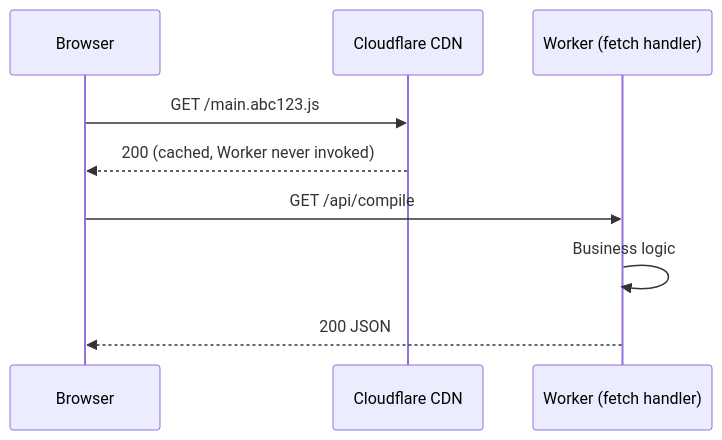
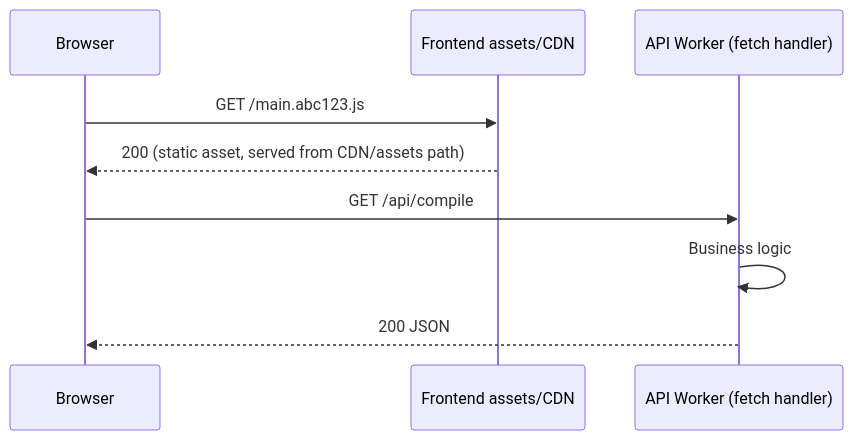
One commit to jaypatrick/adblock-compiler changed the diagram in docs/cloudflare/CLOUDFLARE_SERVICES.md. Above: the diagram before and after it, drawn with Mermaid. The commit also changed other lines of this file and 1 other file, not shown here.

First line of the commit message:
fix: correct log retention (24h not 30d), ASSETS binding (frontend-only), health-check URL (custom domain), and percentage description

````diff
--- a/docs/cloudflare/CLOUDFLARE_SERVICES.md
+++ b/docs/cloudflare/CLOUDFLARE_SERVICES.md
@@ -299,13 +305,13 @@
 ```mermaid
 sequenceDiagram
     participant Browser
-    participant CF_CDN as Cloudflare CDN
-    participant Worker as Worker (fetch handler)
+    participant FrontendAssets as Frontend assets/CDN
+    participant ApiWorker as API Worker (fetch handler)
 
-    Browser->>CF_CDN: GET /main.abc123.js
-    CF_CDN-->>Browser: 200 (cached, Worker never invoked)
+    Browser->>FrontendAssets: GET /main.abc123.js
+    FrontendAssets-->>Browser: 200 (static asset, served from CDN/assets path)
 
-    Browser->>Worker: GET /api/compile
-    Worker->>Worker: Business logic
-    Worker-->>Browser: 200 JSON
+    Browser->>ApiWorker: GET /api/compile
+    ApiWorker->>ApiWorker: Business logic
+    ApiWorker-->>Browser: 200 JSON
 ```
````
